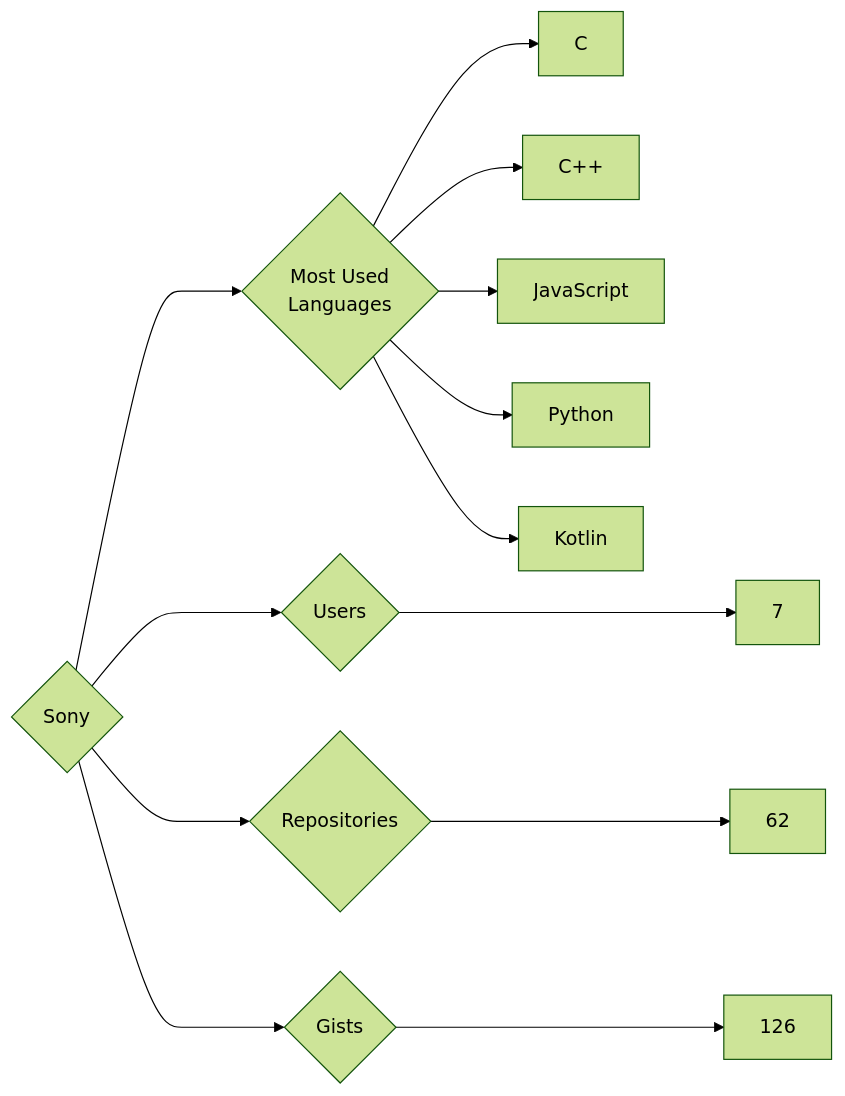
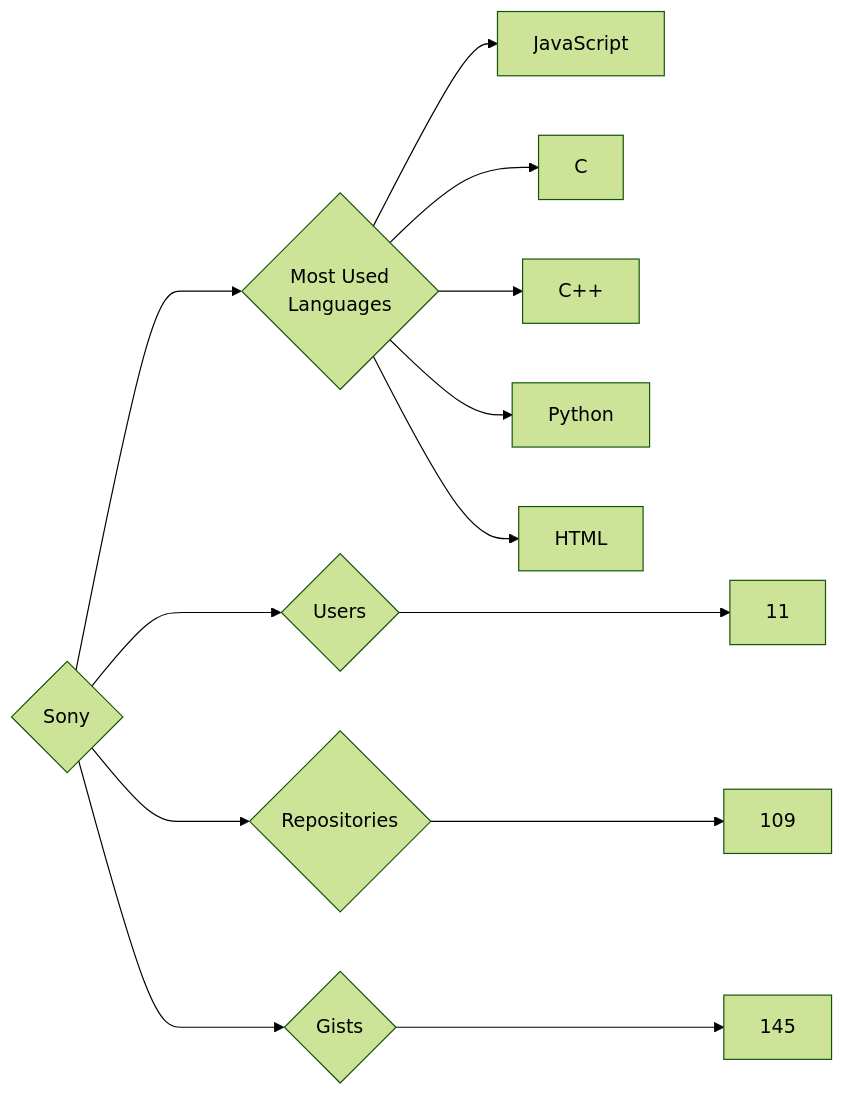
One commit to trickest/insiders changed the diagram in targets/Sony/README.md. Above: the diagram before and after it, drawn with Mermaid (forest theme). The commit also changed 976 other files, not shown here.

````diff
--- a/targets/Sony/README.md
+++ b/targets/Sony/README.md
@@ -3,13 +3,13 @@
 ```mermaid
 graph LR
 COMPANY_NAME{Sony}
-COMPANY_NAME ---> U{Users} ---> UN[7]
-COMPANY_NAME ---> R{Repositories} ---> RN[62]
-COMPANY_NAME ---> G{Gists} ---> GN[126]
+COMPANY_NAME ---> U{Users} ---> UN[11]
+COMPANY_NAME ---> R{Repositories} ---> RN[109]
+COMPANY_NAME ---> G{Gists} ---> GN[145]
 COMPANY_NAME ---> ML{Most Used<br>Languages}
+ML --> JavaScript[JavaScript]
 ML --> C[C]
 ML --> C++[C++]
-ML --> JavaScript[JavaScript]
 ML --> Python[Python]
-ML --> Kotlin[Kotlin]
+ML --> HTML[HTML]
 ```
````
